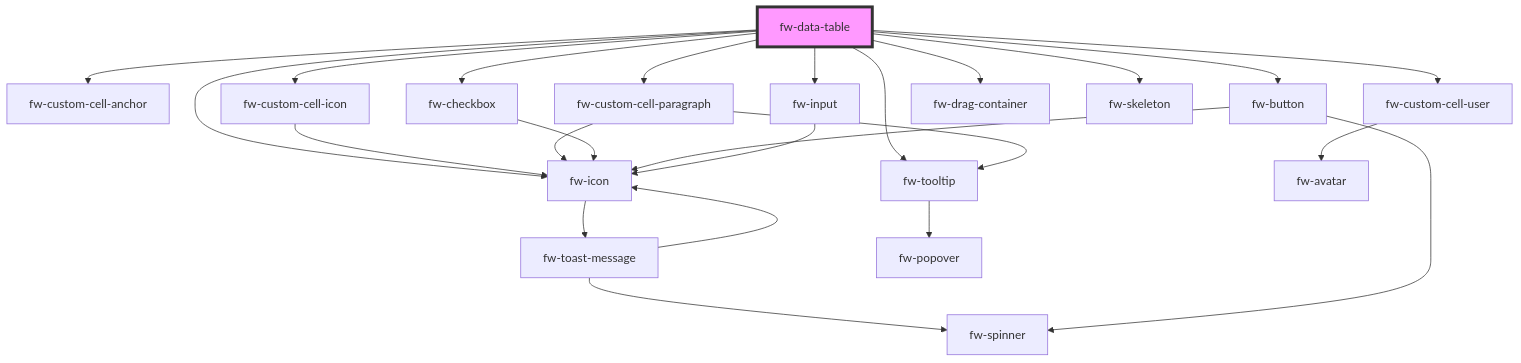
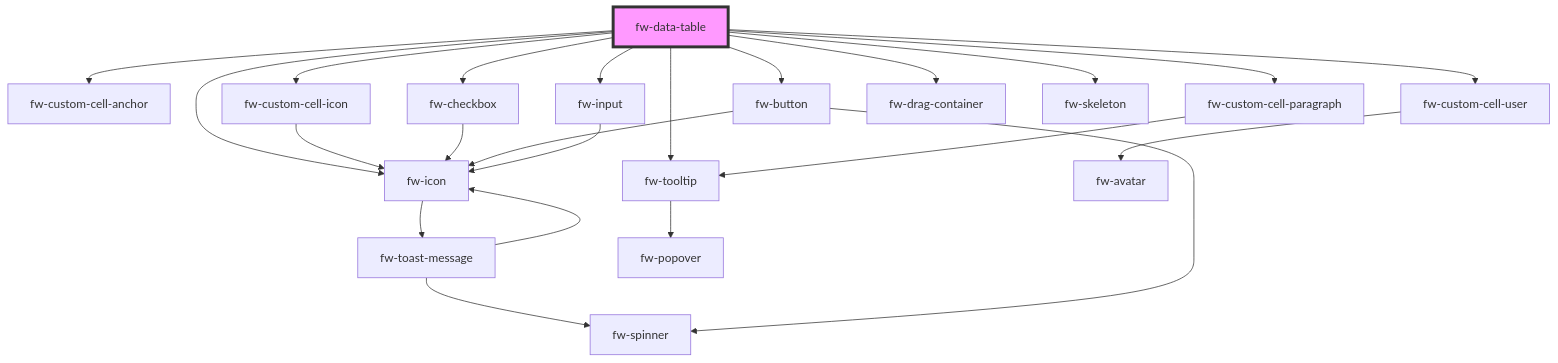
The diagram in packages/crayons-core/src/components/data-table/readme.md (freshworks/crayons), drawn with Mermaid before and after one commit. The commit also changed 5 other files, not shown here.

````diff
--- a/packages/crayons-core/src/components/data-table/readme.md
+++ b/packages/crayons-core/src/components/data-table/readme.md
@@ -1992,27 +1992,26 @@
 ```mermaid
 graph TD;
   fw-data-table --> fw-custom-cell-anchor
   fw-data-table --> fw-custom-cell-user
   fw-data-table --> fw-custom-cell-icon
   fw-data-table --> fw-custom-cell-paragraph
   fw-data-table --> fw-checkbox
   fw-data-table --> fw-tooltip
   fw-data-table --> fw-button
   fw-data-table --> fw-icon
   fw-data-table --> fw-input
   fw-data-table --> fw-drag-container
   fw-data-table --> fw-skeleton
   fw-custom-cell-user --> fw-avatar
   fw-custom-cell-icon --> fw-icon
   fw-icon --> fw-toast-message
   fw-toast-message --> fw-spinner
   fw-toast-message --> fw-icon
   fw-custom-cell-paragraph --> fw-tooltip
-  fw-custom-cell-paragraph --> fw-icon
   fw-tooltip --> fw-popover
   fw-checkbox --> fw-icon
   fw-button --> fw-spinner
   fw-button --> fw-icon
   fw-input --> fw-icon
   style fw-data-table fill:#f9f,stroke:#333,stroke-width:4px
 ```
````
